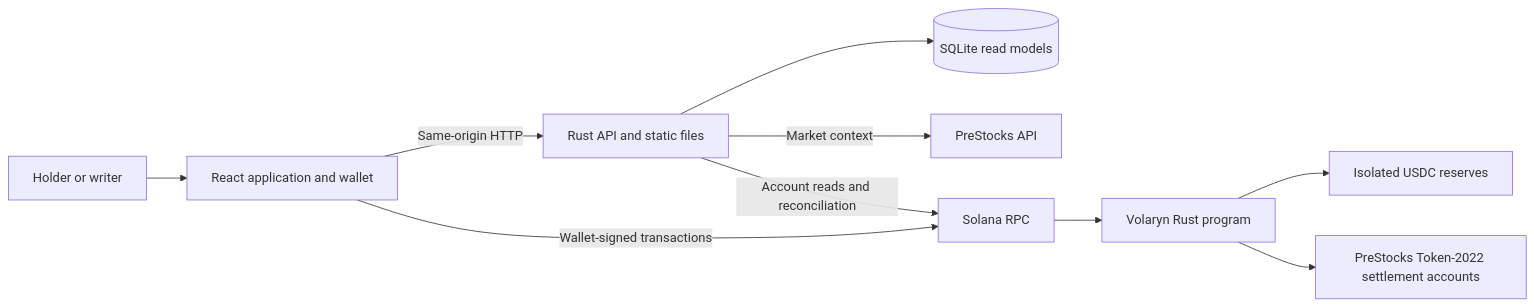
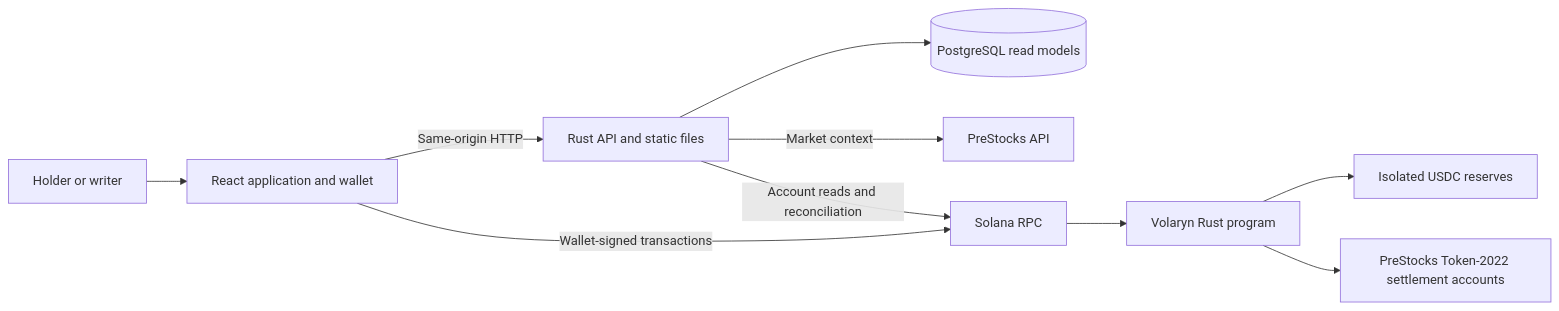
One commit to binqbit/volaryn changed the first of 2 diagrams in docs/architecture.md. Above: the diagram before and after it, drawn with Mermaid. The commit also changed other lines of this file and 4 other files, not shown here.

First line of the commit message:
docs: align architecture and workflows with the localnet application

````diff
--- a/docs/architecture.md
+++ b/docs/architecture.md
@@ -26,12 +26,12 @@
 ```mermaid
 flowchart LR
     U[Holder or writer] --> UI[React application and wallet]
     UI -->|Same-origin HTTP| API[Rust API and static files]
-    API --> DB[(SQLite read models)]
+    API --> DB[(PostgreSQL read models)]
     API -->|Market context| PS[PreStocks API]
     API -->|Account reads and reconciliation| RPC[Solana RPC]
     UI -->|Wallet-signed transactions| RPC
     RPC --> P[Volaryn Rust program]
     P --> R[Isolated USDC reserves]
     P --> T[PreStocks Token-2022 settlement accounts]
 ```
````
